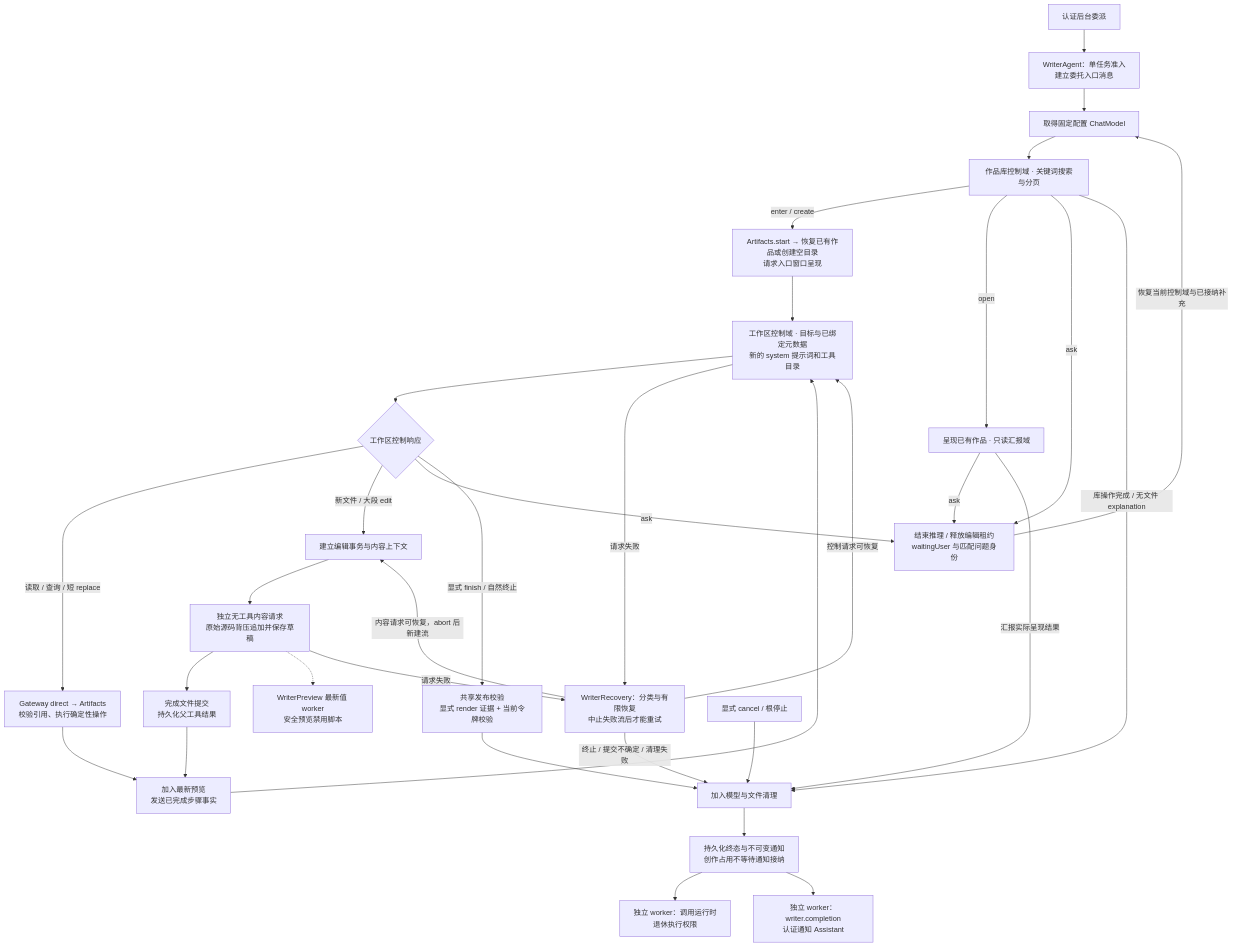
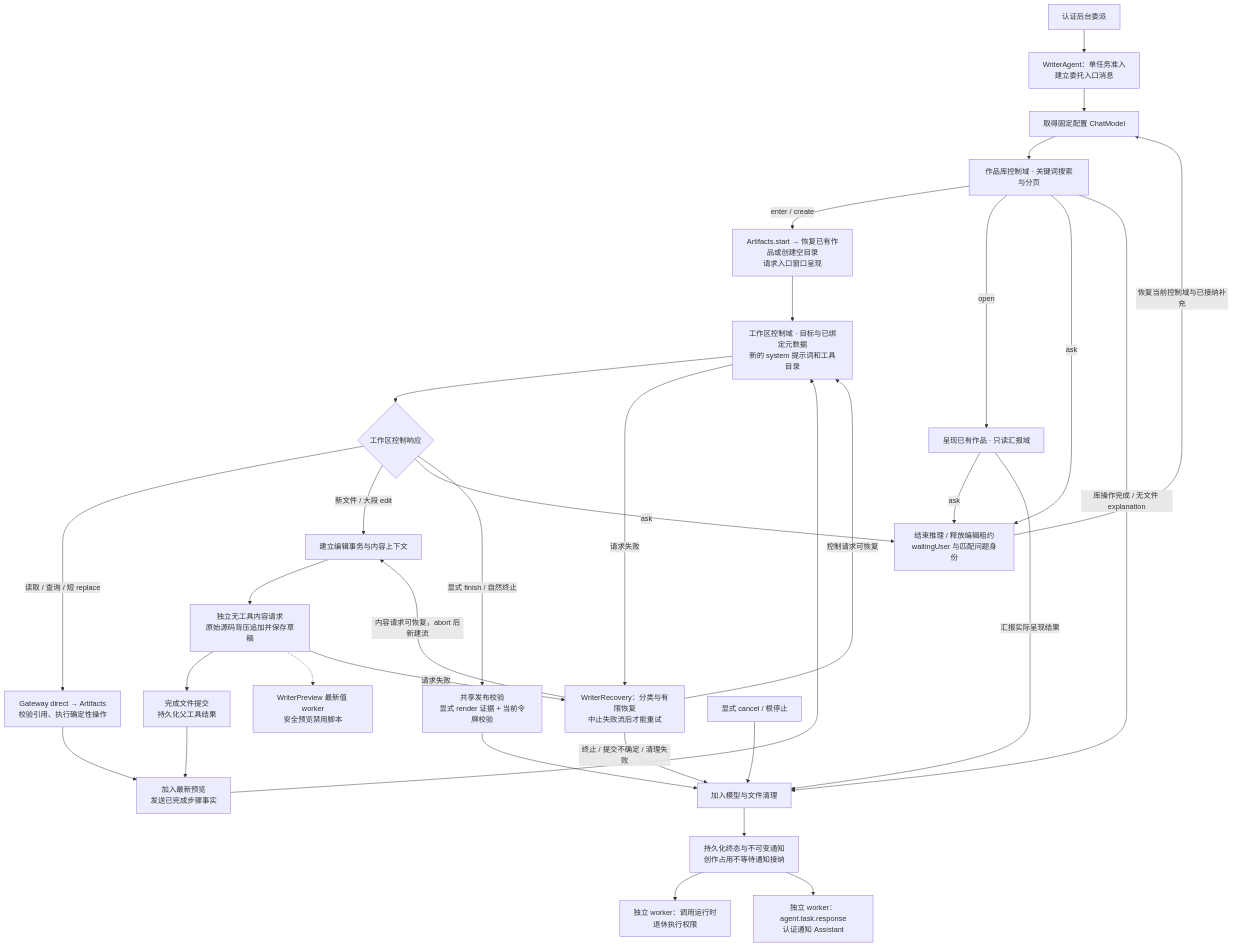
One commit to devilyouwei/MobileHarness changed the diagram in MobileHarness/Agents/Writer/README.md. Above: the diagram before and after it, drawn with Mermaid. The commit also changed other lines of this file and 172 other files, not shown here.

Commit message:
Refine runtime logging and agent task communication

````diff
--- a/MobileHarness/Agents/Writer/README.md
+++ b/MobileHarness/Agents/Writer/README.md
@@ -21,35 +21,35 @@
 ```mermaid
 flowchart TD
     Request["认证后台委派"] --> Admission["WriterAgent：单任务准入<br/>建立委托入口消息"]
     Admission --> Model["取得固定配置 ChatModel"]
     Model --> Library["作品库控制域 · 关键词搜索与分页"]
     Library -->|"enter / create"| Prepare["Artifacts.start → 恢复已有作品或创建空目录<br/>请求入口窗口呈现"]
     Library -->|"open"| View["呈现已有作品 · 只读汇报域"]
     Prepare --> Control["工作区控制域 · 目标与已绑定元数据<br/>新的 system 提示词和工具目录"]
     Control --> Route{"工作区控制响应"}
     Route -->|"读取 / 查询 / 短 replace"| Tools["Gateway direct → Artifacts<br/>校验引用、执行确定性操作"]
     Route -->|"新文件 / 大段 edit"| Begin["建立编辑事务与内容上下文"]
     Begin --> Content["独立无工具内容请求<br/>原始源码背压追加并保存草稿"]
     Content --> Commit["完成文件提交<br/>持久化父工具结果"]
     Content -.-> Preview["WriterPreview 最新值 worker<br/>安全预览禁用脚本"]
     Commit --> Step["加入最新预览<br/>发送已完成步骤事实"]
     Tools --> Step
     Step --> Control
     Library -->|"ask"| Wait
     View -->|"ask"| Wait
     Route -->|"ask"| Wait["结束推理 / 释放编辑租约<br/>waitingUser 与匹配问题身份"]
     Wait -->|"恢复当前控制域与已接纳补充"| Model
     Route -->|"显式 finish / 自然终止"| Publish["共享发布校验<br/>显式 render 证据 + 当前令牌校验"]
     Publish --> Cleanup["加入模型与文件清理"]
     Library -->|"库操作完成 / 无文件 explanation"| Cleanup
     View -->|"汇报实际呈现结果"| Cleanup
     Control -->|"请求失败"| Recovery["WriterRecovery：分类与有限恢复<br/>中止失败流后才能重试"]
     Content -->|"请求失败"| Recovery
     Recovery -->|"控制请求可恢复"| Control
     Recovery -->|"内容请求可恢复，abort 后新建流"| Begin
     Recovery -->|"终止 / 提交不确定 / 清理失败"| Cleanup
     Cancel["显式 cancel / 根停止"] --> Cleanup
     Cleanup --> Terminal["持久化终态与不可变通知<br/>创作占用不等待通知接纳"]
     Terminal --> Retirement["独立 worker：调用运行时<br/>退休执行权限"]
-    Terminal --> Notification["独立 worker：writer.completion<br/>认证通知 Assistant"]
+    Terminal --> Notification["独立 worker：agent.task.response<br/>认证通知 Assistant"]
 ```
````
